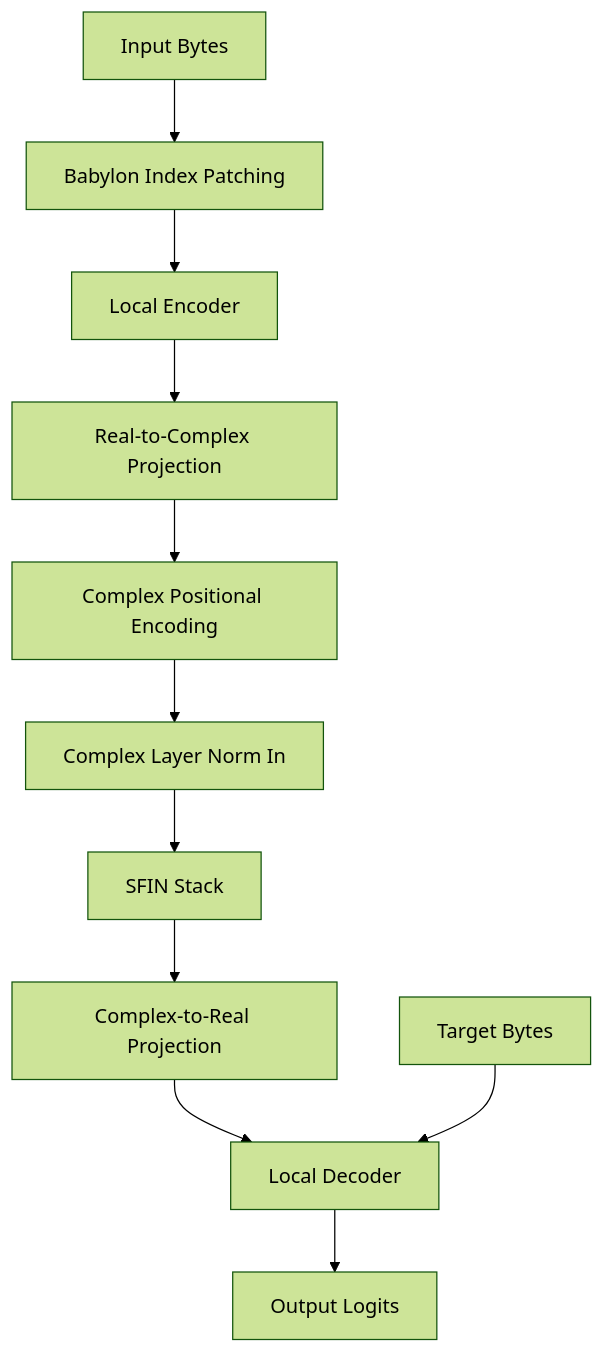
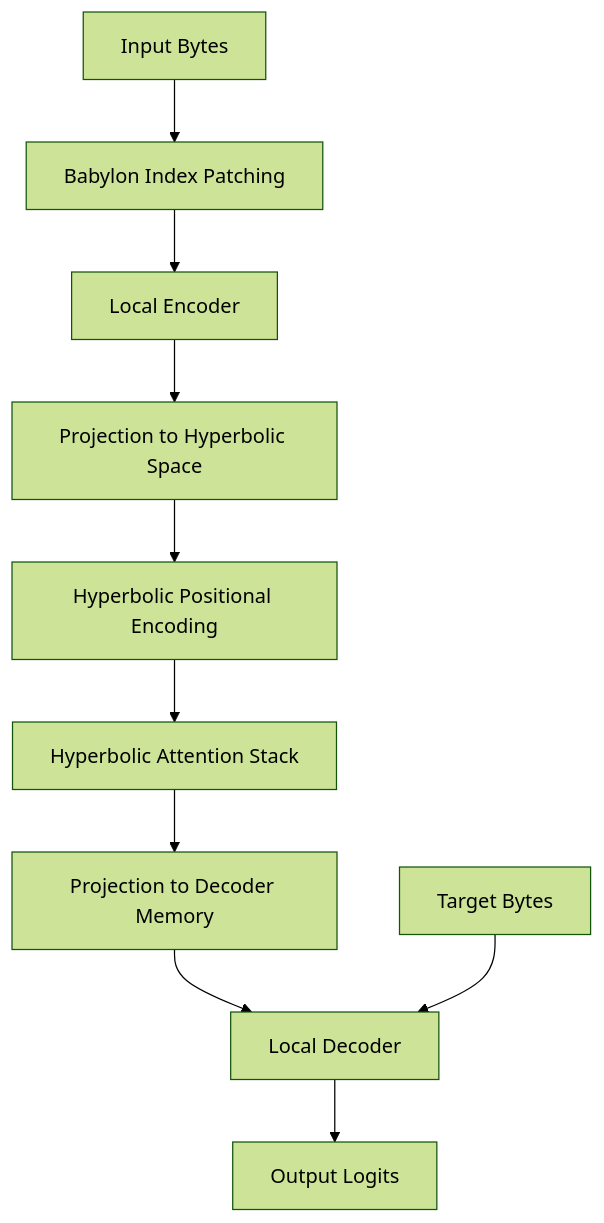
The first of 7 diagrams in README.md (waefrebeorn/bytropix), drawn with Mermaid (forest theme) before and after one commit. The commit also changed other lines of this file and 9 other files, not shown here.

````diff
--- a/README.md
+++ b/README.md
@@ -21,13 +21,12 @@
 ```mermaid
 graph TD;
-    A[Input Bytes]-->B[Babylon Index Patching];
-    B-->C[Local Encoder];
-    C-->D[Real-to-Complex Projection];
-    D-->E[Complex Positional Encoding];
-    E-->F[Complex Layer Norm In];
-    F-->G[SFIN Stack];
-    G-->H[Complex-to-Real Projection];
-    H-->I[Local Decoder];
-    J[Target Bytes]-->I;
-    I-->K[Output Logits];
+    A[Input Bytes] --> B[Babylon Index Patching];
+    B --> C[Local Encoder];
+    C --> D[Projection to Hyperbolic Space];
+    D --> E[Hyperbolic Positional Encoding];
+    E --> F[Hyperbolic Attention Stack];
+    F --> G[Projection to Decoder Memory];
+    G --> H[Local Decoder];
+    I[Target Bytes] --> H;
+    H --> J[Output Logits];
 ```
````
